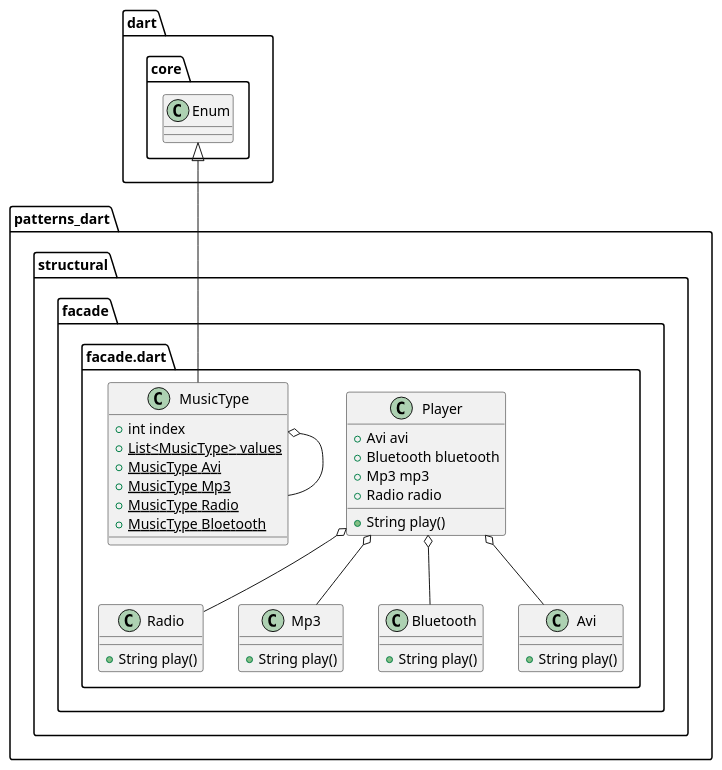
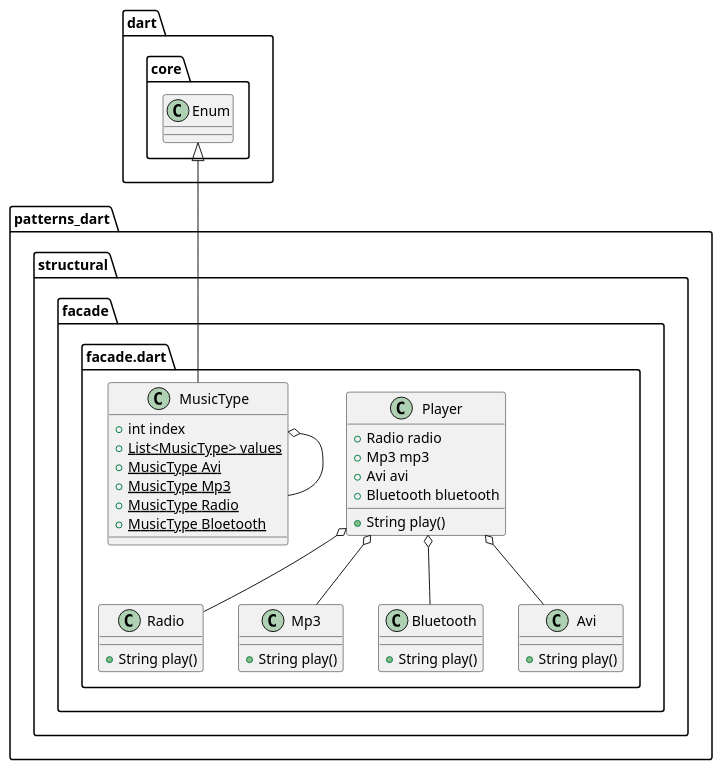
One commit to ELEliseev/patterns-dart changed the diagram in lib/structural/facade/facade.puml. Above: the diagram before and after it, drawn with PlantUML. The commit also changed 5 other files, not shown here.

```diff
--- a/lib/structural/facade/facade.puml
+++ b/lib/structural/facade/facade.puml
@@ -1,46 +1,46 @@
 @startuml
 set namespaceSeparator ::
 
 class "patterns_dart::structural::facade::facade.dart::Radio" {
   +String play()
 }
 
 class "patterns_dart::structural::facade::facade.dart::Mp3" {
   +String play()
 }
 
 class "patterns_dart::structural::facade::facade.dart::Bluetooth" {
   +String play()
 }
 
 class "patterns_dart::structural::facade::facade.dart::Avi" {
   +String play()
 }
 
 class "patterns_dart::structural::facade::facade.dart::Player" {
+  +Radio radio
+  +Mp3 mp3
   +Avi avi
   +Bluetooth bluetooth
-  +Mp3 mp3
-  +Radio radio
   +String play()
 }
 
+"patterns_dart::structural::facade::facade.dart::Player" o-- "patterns_dart::structural::facade::facade.dart::Radio"
+"patterns_dart::structural::facade::facade.dart::Player" o-- "patterns_dart::structural::facade::facade.dart::Mp3"
 "patterns_dart::structural::facade::facade.dart::Player" o-- "patterns_dart::structural::facade::facade.dart::Avi"
-"patterns_dart::structural::facade::facade.dart::Player" o-- "patterns_dart::structural::facade::facade.dart::Bluetooth"   
-"patterns_dart::structural::facade::facade.dart::Player" o-- "patterns_dart::structural::facade::facade.dart::Mp3"
-"patterns_dart::structural::facade::facade.dart::Player" o-- "patterns_dart::structural::facade::facade.dart::Radio"       
+"patterns_dart::structural::facade::facade.dart::Player" o-- "patterns_dart::structural::facade::facade.dart::Bluetooth"
 
 class "patterns_dart::structural::facade::facade.dart::MusicType" {
   +int index
   {static} +List<MusicType> values
   {static} +MusicType Avi
   {static} +MusicType Mp3
   {static} +MusicType Radio
   {static} +MusicType Bloetooth
 }
 
 "patterns_dart::structural::facade::facade.dart::MusicType" o-- "patterns_dart::structural::facade::facade.dart::MusicType"
 "dart::core::Enum" <|-- "patterns_dart::structural::facade::facade.dart::MusicType"
 
 
 @enduml
```
